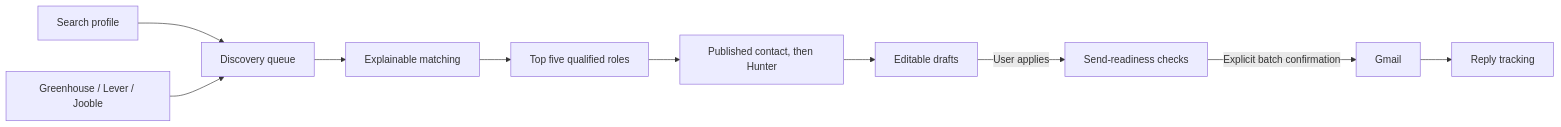
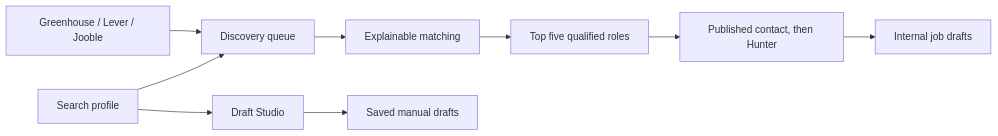
The diagram in README.md (abhinavkr26104/cold-email-agent), drawn with Mermaid before and after one commit. The commit also changed other lines of this file and 13 other files, not shown here.

````diff
--- a/README.md
+++ b/README.md
@@ -12,12 +11,11 @@
 ```mermaid
 flowchart LR
     P[Search profile] --> D[Discovery queue]
     A[Greenhouse / Lever / Jooble] --> D
     D --> M[Explainable matching]
     M --> T[Top five qualified roles]
     T --> C[Published contact, then Hunter]
-    C --> R[Editable drafts]
-    R -->|User applies| Q[Send-readiness checks]
-    Q -->|Explicit batch confirmation| G[Gmail]
-    G --> Y[Reply tracking]
+    C --> J[Internal job drafts]
+    P --> S[Draft Studio]
+    S --> R[Saved manual drafts]
 ```
````
